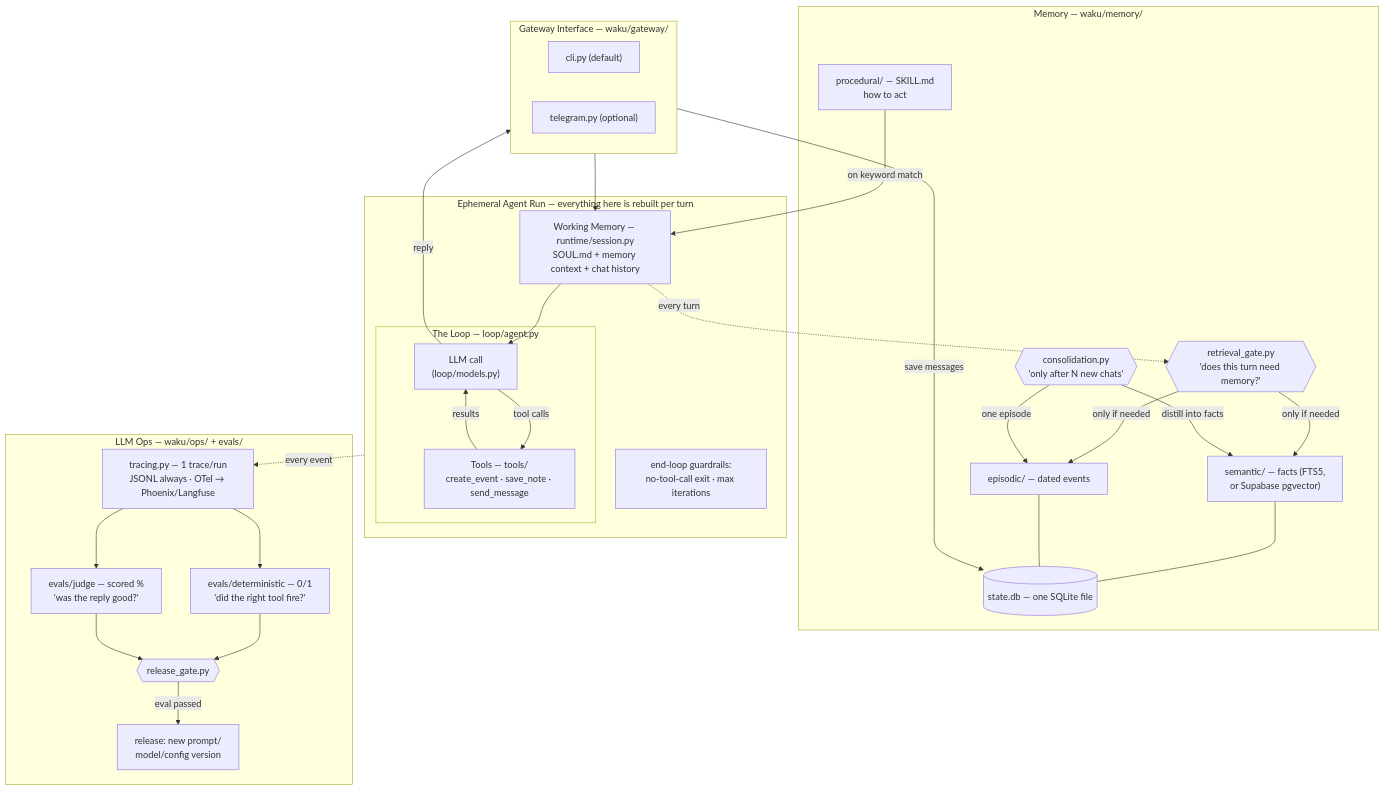
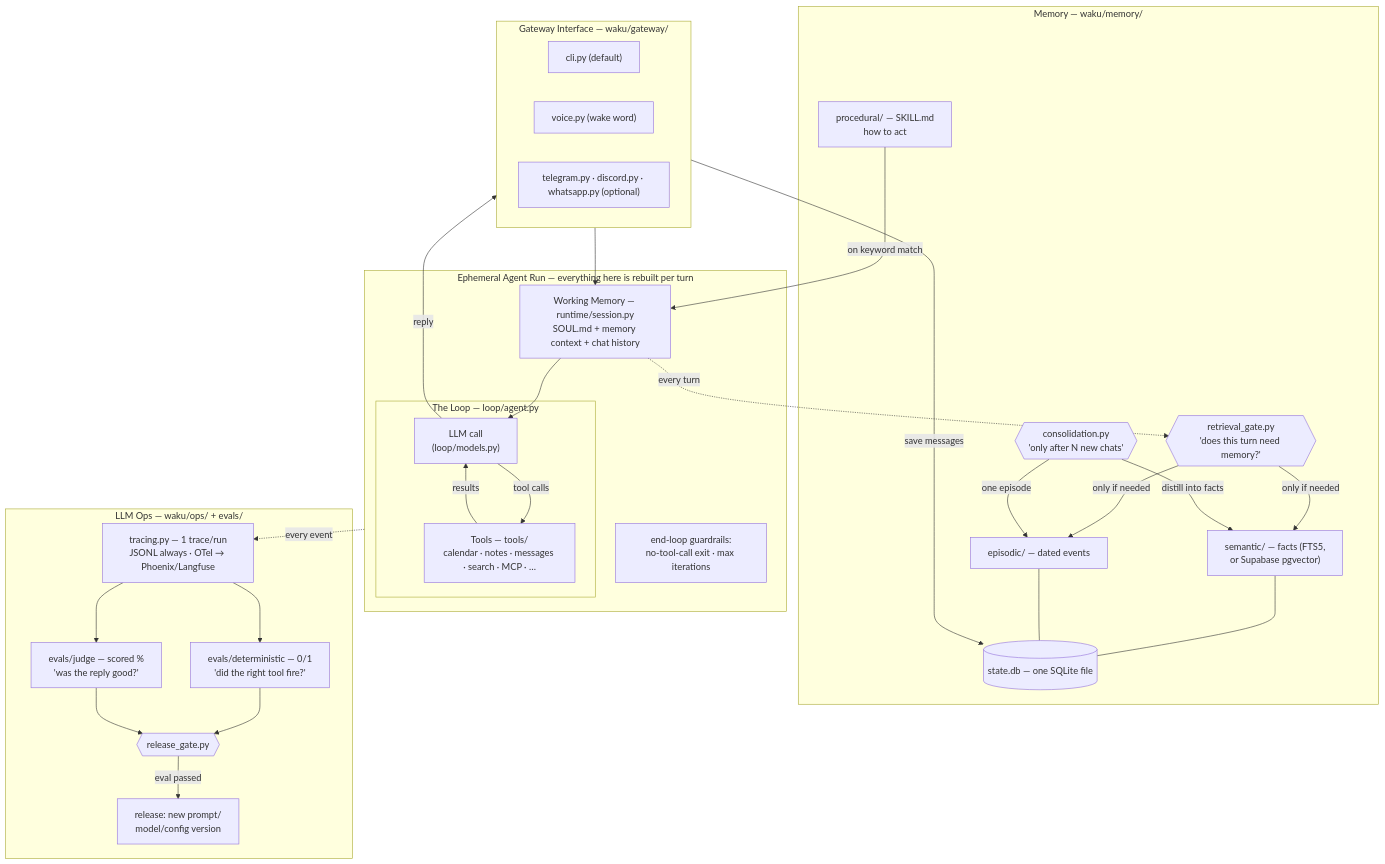
The diagram in docs/architecture.md (ShenSeanChen/waku-agent), drawn with Mermaid before and after one commit. The commit also changed other lines of this file and 24 other files, not shown here.

````diff
--- a/docs/architecture.md
+++ b/docs/architecture.md
@@ -7,48 +7,49 @@
 ```mermaid
 flowchart TB
     subgraph GW["Gateway Interface — waku/gateway/"]
         CLI["cli.py (default)"]
-        TG["telegram.py (optional)"]
+        VOICE["voice.py (wake word)"]
+        TG["telegram.py · discord.py · whatsapp.py (optional)"]
     end
 
     subgraph RUN["Ephemeral Agent Run — everything here is rebuilt per turn"]
         WM["Working Memory — runtime/session.py<br/>SOUL.md + memory context + chat history"]
         subgraph LOOP["The Loop — loop/agent.py"]
             LLM["LLM call<br/>(loop/models.py)"]
-            TOOLS["Tools — tools/<br/>create_event · save_note · send_message"]
+            TOOLS["Tools — tools/<br/>calendar · notes · messages · search · MCP · …"]
             LLM -->|tool calls| TOOLS -->|results| LLM
         end
         WM --> LLM
         GUARD["end-loop guardrails:<br/>no-tool-call exit · max iterations"]
     end
 
     GW --> WM
     LLM -->|reply| GW
 
     subgraph MEM["Memory — waku/memory/"]
         GATE{{"retrieval_gate.py<br/>'does this turn need memory?'"}}
         PROC["procedural/ — SKILL.md<br/>how to act"]
         SEM["semantic/ — facts (FTS5,<br/>or Supabase pgvector)"]
         EPI["episodic/ — dated events"]
         CONS{{"consolidation.py<br/>'only after N new chats'"}}
         DB[("state.db — one SQLite file")]
     end
 
     WM -.->|every turn| GATE
     GATE -->|only if needed| SEM & EPI
     PROC -->|on keyword match| WM
     GW -->|save messages| DB
     CONS -->|distill into facts| SEM
     CONS -->|one episode| EPI
     SEM & EPI --- DB
 
     subgraph OPS["LLM Ops — waku/ops/ + evals/"]
         TRACE["tracing.py — 1 trace/run<br/>JSONL always · OTel → Phoenix/Langfuse"]
         DET["evals/deterministic — 0/1<br/>'did the right tool fire?'"]
         JUDGE["evals/judge — scored %<br/>'was the reply good?'"]
         RGATE{{"release_gate.py"}}
         TRACE --> DET & JUDGE --> RGATE -->|eval passed| SHIP["release: new prompt/<br/>model/config version"]
     end
 
     RUN -.->|every event| TRACE
 ```
````
